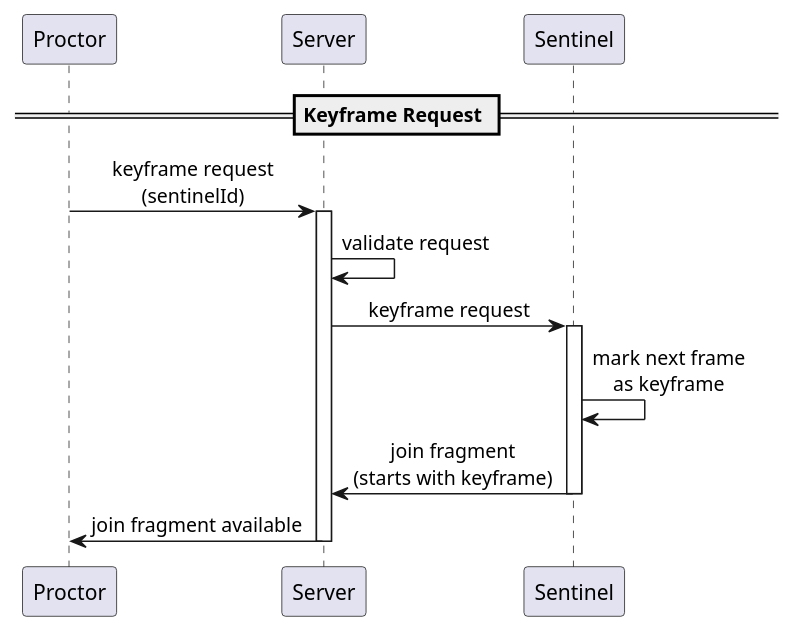
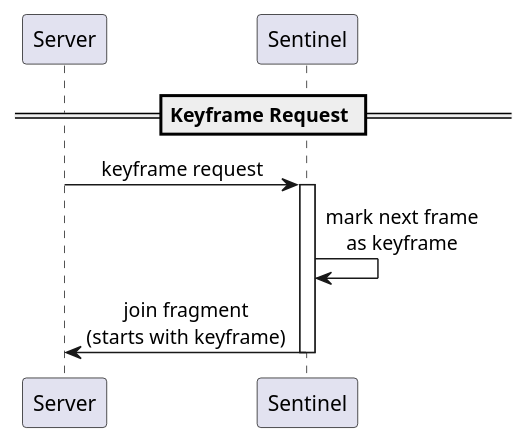
One commit to 2526-4ahitm-itp/2526-4ahitm-franklyn changed the first of 2 diagrams in hugo/content/docs/reference/media-spec/control-messages.md. Above: the diagram before and after it, drawn with PlantUML. The commit also changed other lines of this file and 4 other files, not shown here.

First line of the commit message:
docs(media-spec): refactor proctor join-flow

````diff
--- a/hugo/content/docs/reference/media-spec/control-messages.md
+++ b/hugo/content/docs/reference/media-spec/control-messages.md
@@ -22,28 +22,21 @@
 ```plantuml
 @startuml
 skinparam sequenceMessageAlign center
 
-participant "Proctor" as P
 participant "Server" as Srv
 participant "Sentinel" as S
 
 == Keyframe Request ==
-
-P -> Srv : keyframe request\n(sentinelId)
-activate Srv
-
-Srv -> Srv : validate request
 
 Srv -> S : keyframe request
 activate S
 
 S -> S : mark next frame\nas keyframe
 
  S -> Srv : join fragment\n(starts with keyframe)
 deactivate S
 
-Srv -> P : join fragment available
 deactivate Srv
 
 @enduml
 ```
````
